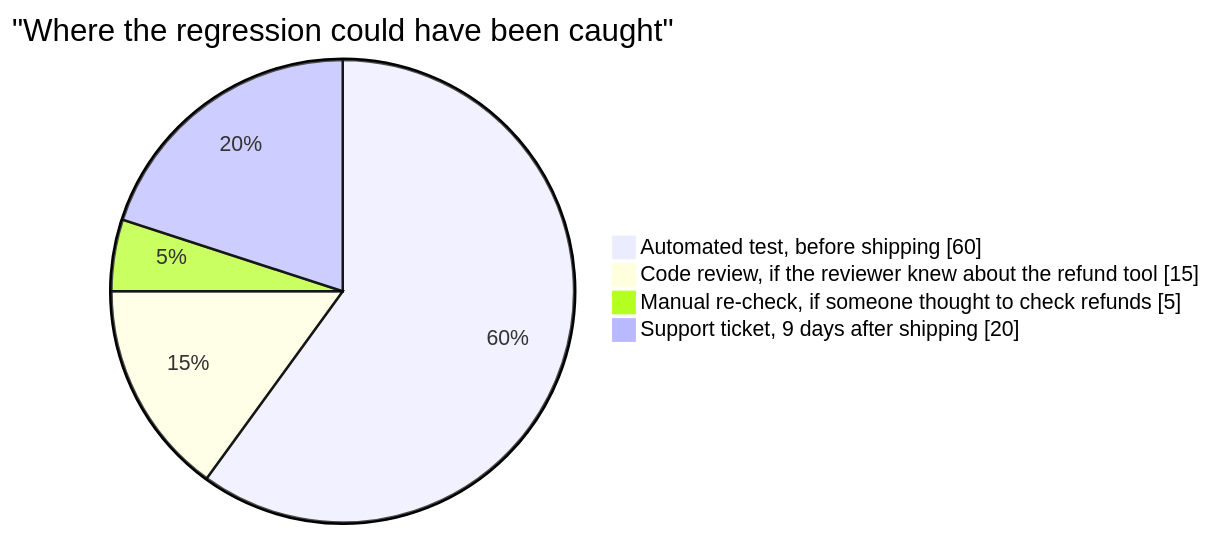
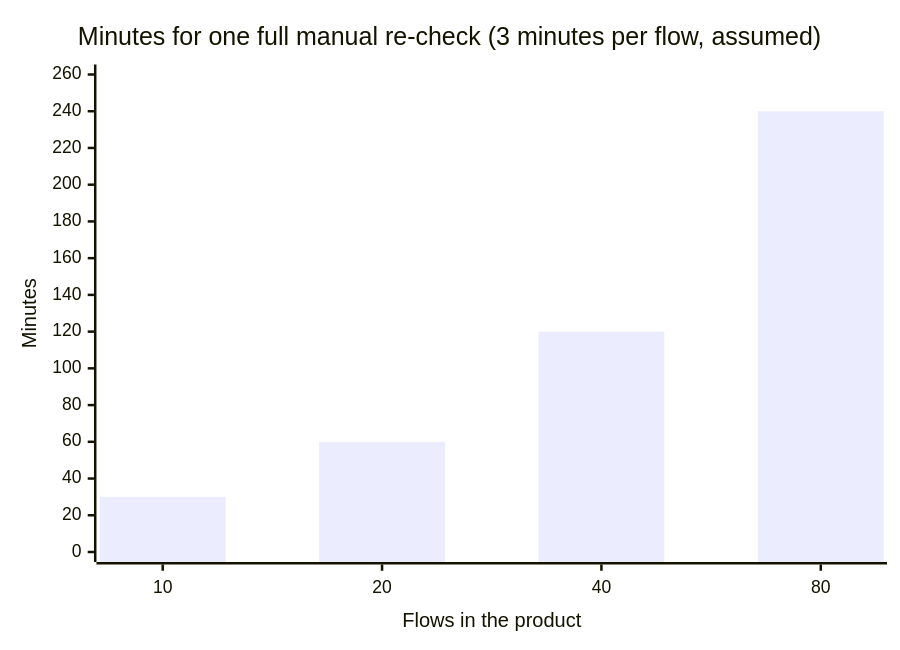
One commit to francoandreDev/knowledge changed the second of 3 diagrams in src/content/testing-quality/case-automated-testing/L2-concept.mdx. Above: the diagram before and after it, drawn with Mermaid. The commit also changed other lines of this file and 19 other files, not shown here.

Commit message:
Migrate testing-quality batch 1 (case-automated-testing, test-pyramid, assertions-matter, tdd-basics) to the three-tier exercise model

````diff
--- a/src/content/testing-quality/case-automated-testing/L2-concept.mdx
+++ b/src/content/testing-quality/case-automated-testing/L2-concept.mdx
@@ -97,8 +80,7 @@
 ```mermaid
-pie showData
-    title "Where the regression could have been caught"
-    "Automated test, before shipping" : 60
-    "Code review, if the reviewer knew about the refund tool" : 15
-    "Manual re-check, if someone thought to check refunds" : 5
-    "Support ticket, 9 days after shipping" : 20
+xychart-beta
+    title "Minutes for one full manual re-check (3 minutes per flow, assumed)"
+    x-axis "Flows in the product" ["10", "20", "40", "80"]
+    y-axis "Minutes" 0 --> 260
+    bar [30, 60, 120, 240]
 ```
````
